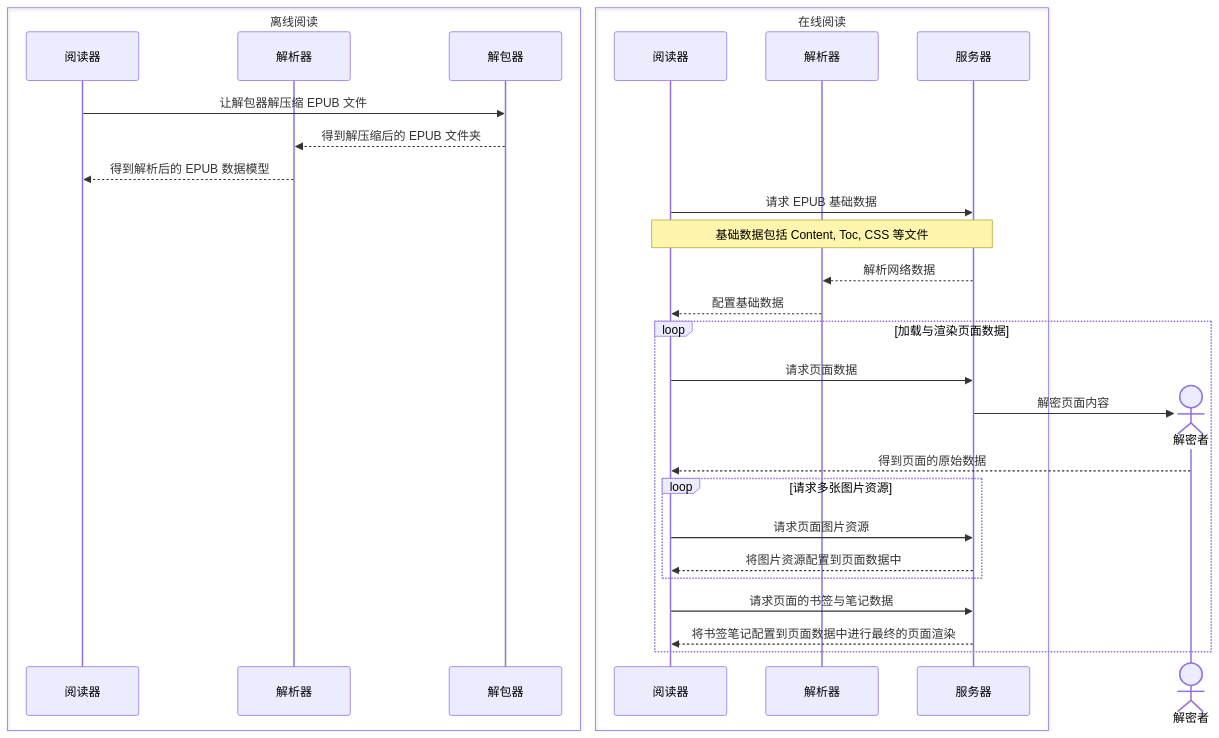
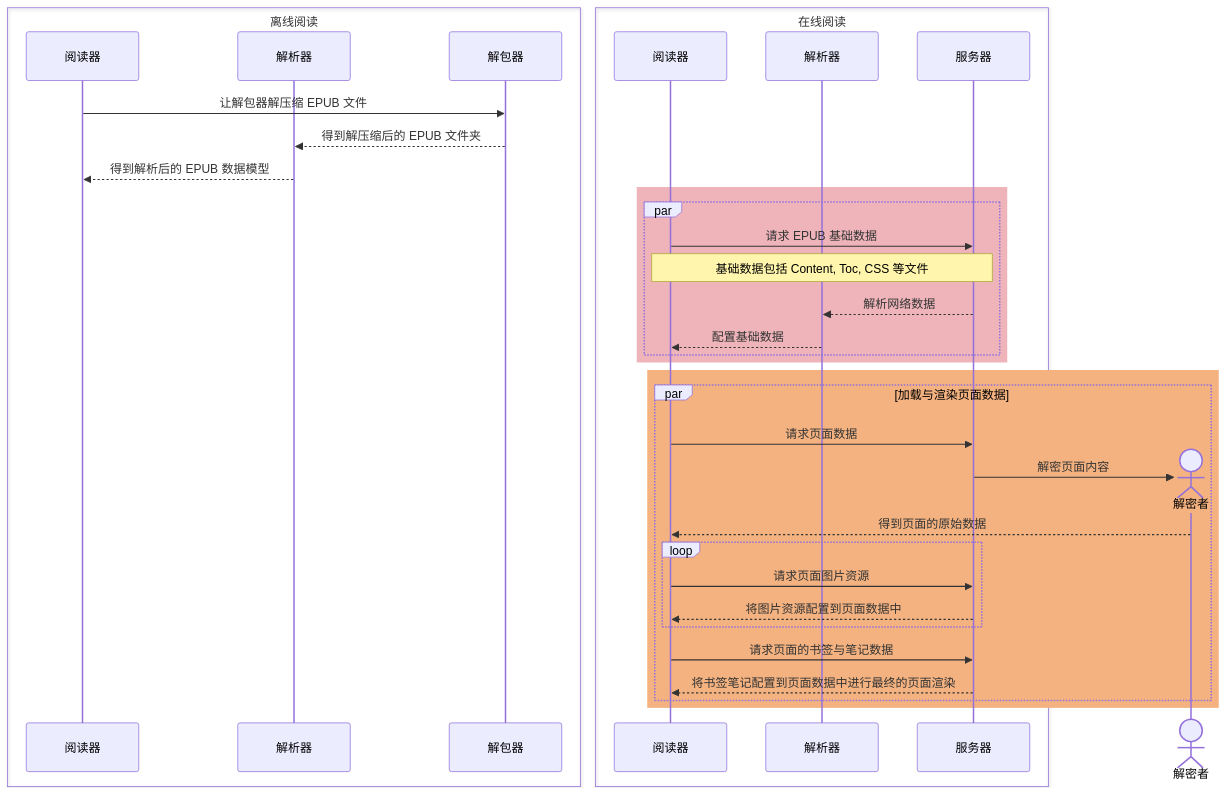
The diagram in content/iOS/Epub.md (overlookart/overlookart.github.io), drawn with Mermaid before and after one commit. The commit also changed other lines of this file, not shown here.

Commit message:
update epub

````diff
--- a/content/iOS/Epub.md
+++ b/content/iOS/Epub.md
@@ -22,33 +22,39 @@
 ``` mermaid
 sequenceDiagram
     box 离线阅读
     participant A as 阅读器
     participant B as 解析器
     participant C as 解包器
     end
     A->>C: 让解包器解压缩 EPUB 文件
     C-->>B: 得到解压缩后的 EPUB 文件夹
     B-->>A: 得到解析后的 EPUB 数据模型
-
+    
     box 在线阅读
     participant A1 as 阅读器
     participant B1 as 解析器
     participant C1 as 服务器
     end
+    rect rgb(238, 180, 185)
+    par
     A1->>C1: 请求 EPUB 基础数据
     Note over A1,C1: 基础数据包括 Content, Toc, CSS 等文件
     C1-->>B1: 解析网络数据
     B1-->>A1: 配置基础数据
-    loop 加载与渲染页面数据
+    end
+    end
+    rect rgb(243, 178, 128)
+    par 加载与渲染页面数据
     A1->>C1: 请求页面数据
     create actor D as 解密者
     C1->>D: 解密页面内容
     D-->>A1: 得到页面的原始数据
-    loop 请求多张图片资源
+    loop 
         A1->>C1: 请求页面图片资源
         C1-->>A1: 将图片资源配置到页面数据中
     end
     A1->>C1: 请求页面的书签与笔记数据
     C1-->>A1: 将书签笔记配置到页面数据中进行最终的页面渲染
     end
+    end
 ```
````
